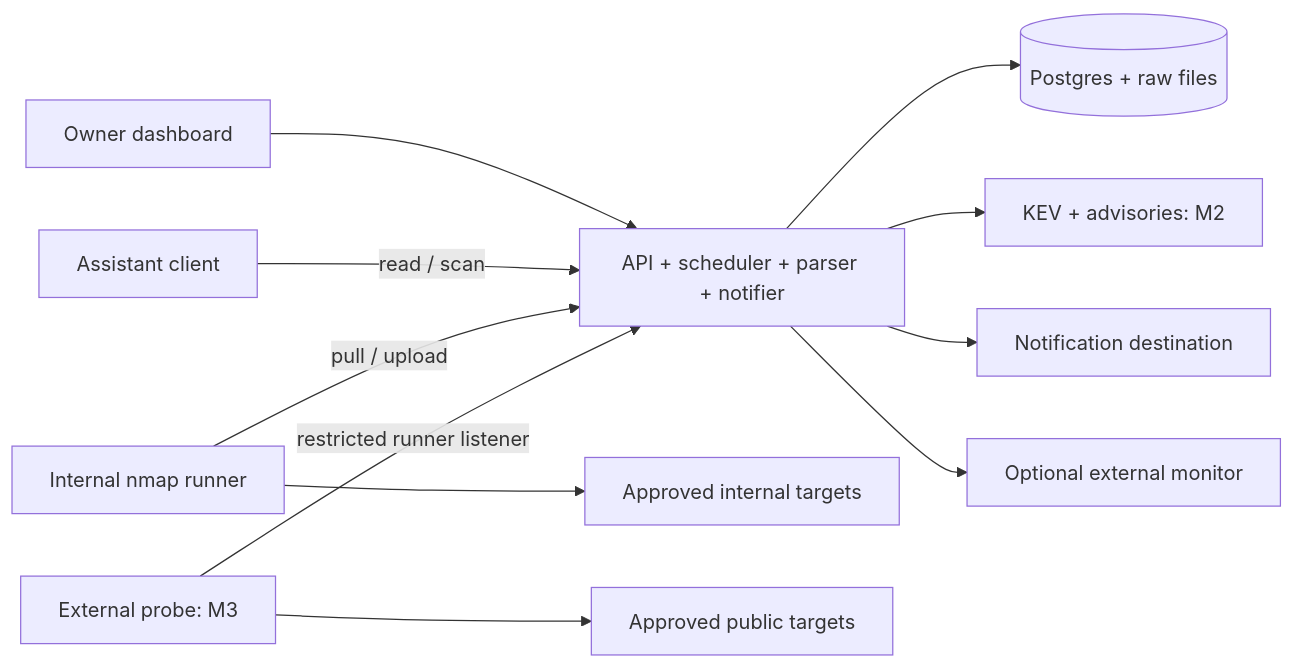
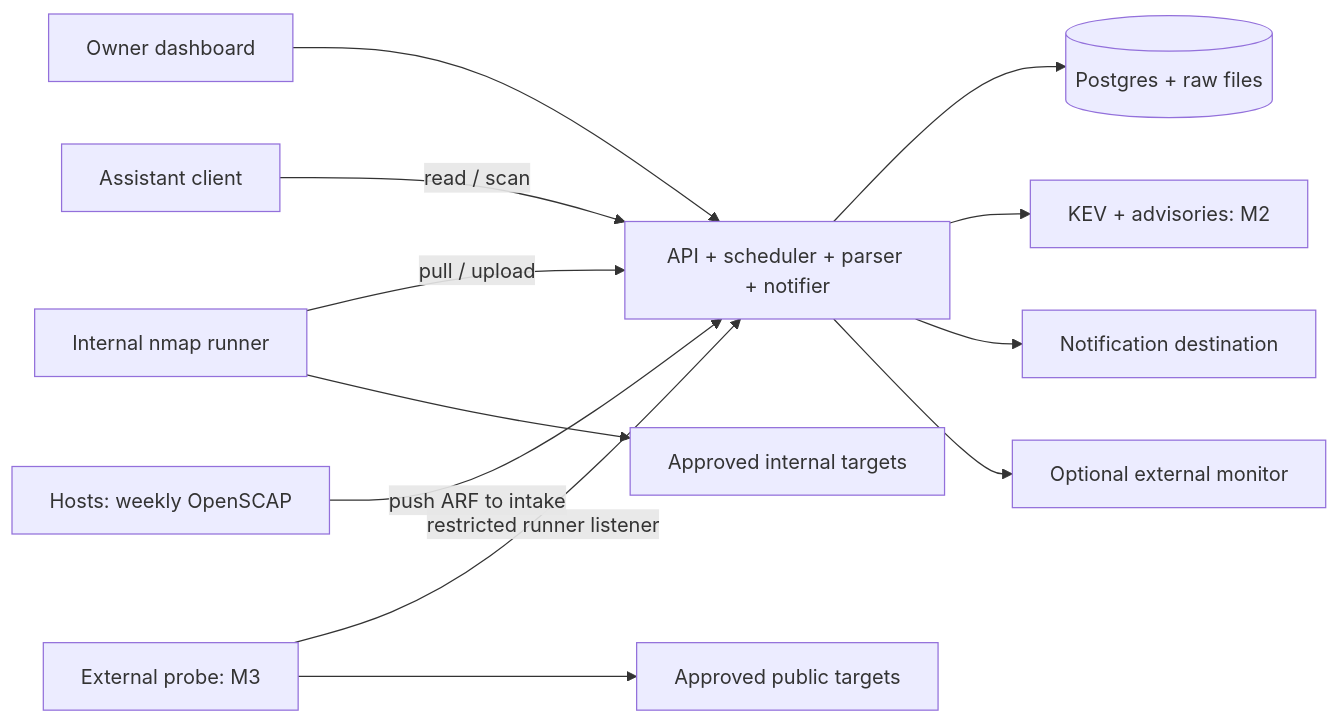
One commit to junglestyle/pen16 changed the diagram in docs/ARCHITECTURE.md. Above: the diagram before and after it, drawn with Mermaid. The commit also changed other lines of this file and 27 other files, not shown here.

First line of the commit message:
Add host compliance: OpenSCAP results, STIG checklists, remediation playbooks

````diff
--- a/docs/ARCHITECTURE.md
+++ b/docs/ARCHITECTURE.md
@@ -5,13 +5,14 @@
 ```mermaid
 flowchart LR
   owner[Owner dashboard] --> api[API + scheduler + parser + notifier]
   assistant[Assistant client] -->|read / scan| api
   runner[Internal nmap runner] -->|pull / upload| api
   probe[External probe: M3] -->|restricted runner listener| api
+  hosts[Hosts: weekly OpenSCAP] -->|push ARF to intake| api
   api --> db[(Postgres + raw files)]
   api --> feeds[KEV + advisories: M2]
   api --> alerts[Notification destination]
   api --> monitor[Optional external monitor]
   runner --> lan[Approved internal targets]
   probe --> wan[Approved public targets]
 ```
````
